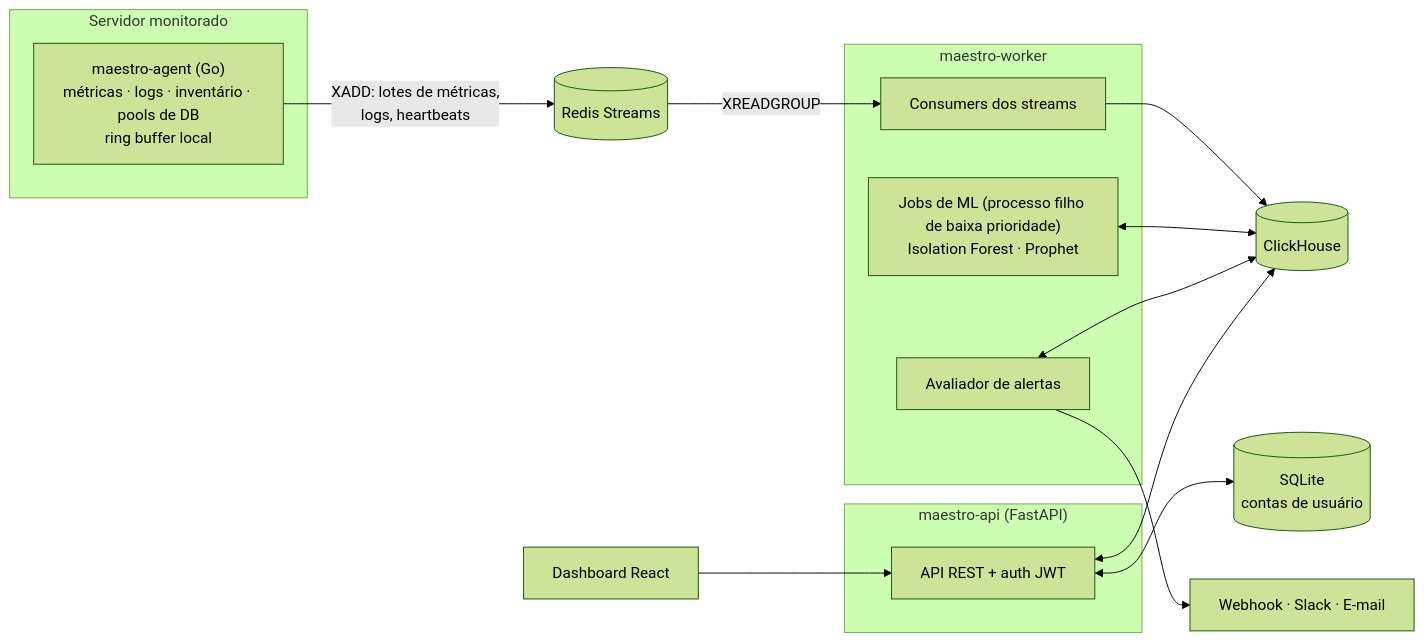
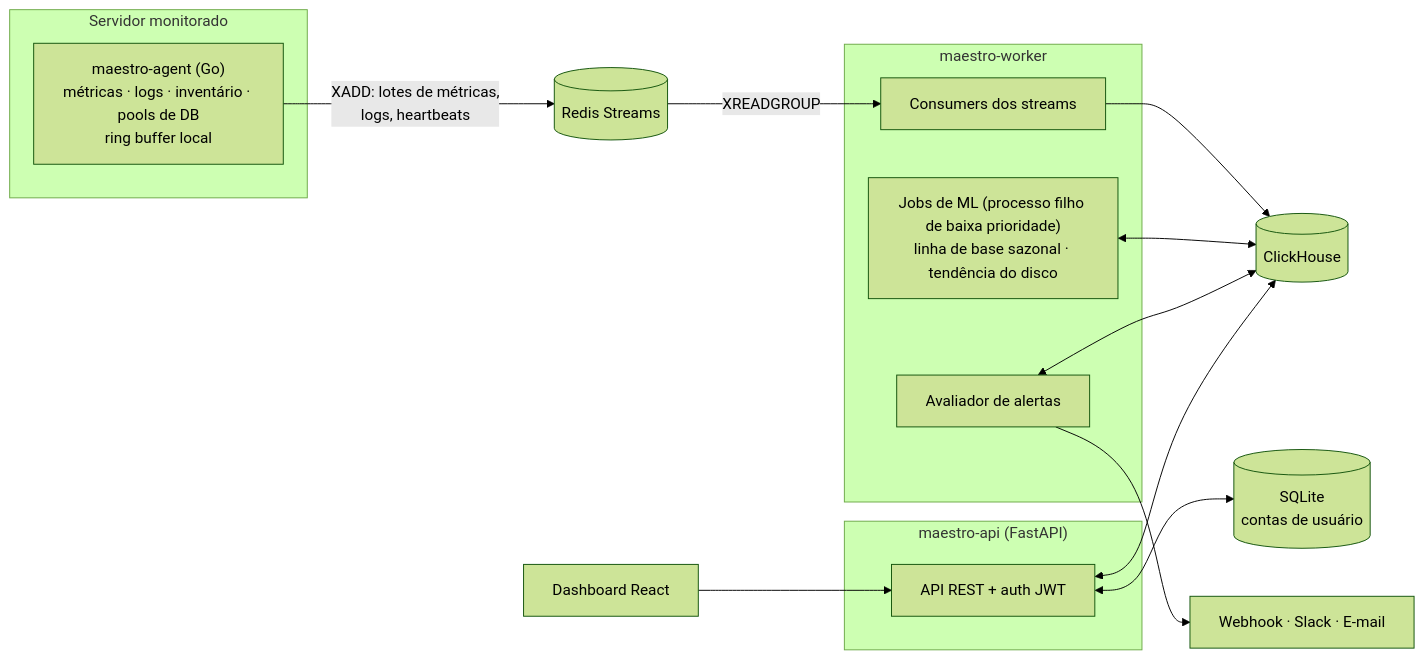
Before and after one commit to yuriPeixoto/maestro: the diagram in README.pt-BR.md, drawn with Mermaid (forest theme). The commit also changed other lines of this file and 57 other files, not shown here.

````diff
--- a/README.pt-BR.md
+++ b/README.pt-BR.md
@@ -26,27 +26,27 @@
 ```mermaid
 flowchart LR
     subgraph host["Servidor monitorado"]
         agent["maestro-agent (Go)<br/>métricas · logs · inventário · pools de DB<br/>ring buffer local"]
     end
 
     agent -- "XADD: lotes de métricas,<br/>logs, heartbeats" --> redis[("Redis Streams")]
 
     subgraph worker["maestro-worker"]
         consumers["Consumers dos streams"]
         evaluator["Avaliador de alertas"]
-        ml["Jobs de ML (processo filho de baixa prioridade)<br/>Isolation Forest · Prophet"]
+        ml["Jobs de ML (processo filho de baixa prioridade)<br/>linha de base sazonal · tendência do disco"]
     end
 
     subgraph api["maestro-api (FastAPI)"]
         rest["API REST + auth JWT"]
     end
 
     redis -- "XREADGROUP" --> consumers
     consumers --> ch[("ClickHouse")]
     ml <--> ch
     evaluator <--> ch
     rest <--> ch
     rest <--> sqlite[("SQLite<br/>contas de usuário")]
     evaluator --> channels["Webhook · Slack · E-mail"]
     ui["Dashboard React"] --> rest
 ```
````
